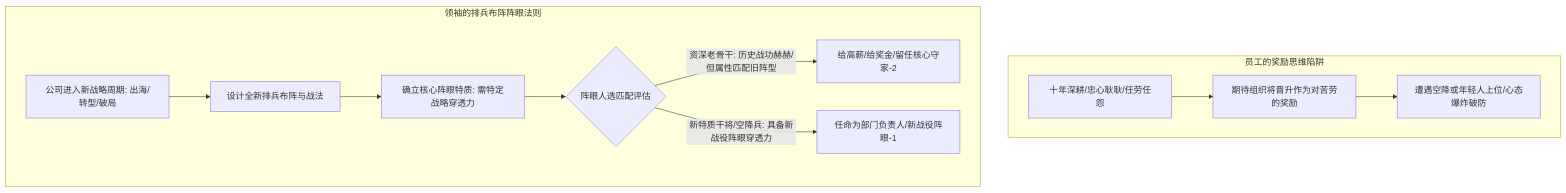
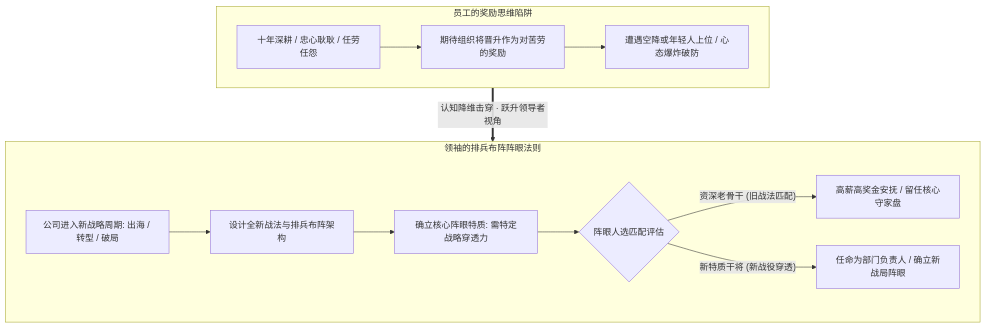
Before and after one commit to dollarser/knowledge: the second of 2 diagrams in content/live-20261012-laozeng-01.md, drawn with Mermaid. The commit also changed 10 other files, not shown here.

Commit message:
style: verticalize all mermaid diagrams and add mindmap architecture

````diff
--- a/content/live-20261012-laozeng-01.md
+++ b/content/live-20261012-laozeng-01.md
@@ -73,15 +73,17 @@
 ```mermaid
 flowchart TD
-    subgraph 员工的奖励思维陷阱
-        Work[十年深耕/忠心耿耿/任劳任怨] --> Expect[期待组织将晋升作为对苦劳的奖励]
-        Expect --> Disappoint[遭遇空降或年轻人上位/心态爆炸破防]
+    subgraph Trap["员工的奖励思维陷阱"]
+        Work["十年深耕 / 忠心耿耿 / 任劳任怨"] --> Expect["期待组织将晋升作为对苦劳的奖励"]
+        Expect --> Disappoint["遭遇空降或年轻人上位 / 心态爆炸破防"]
     end
 
-    subgraph 领袖的排兵布阵阵眼法则
-        StrategicShift[公司进入新战略周期: 出海/转型/破局] --> BattlePlan[设计全新排兵布阵与战法]
-        BattlePlan --> HubDemand[确立核心阵眼特质: 需特定战略穿透力]
+    subgraph HubRule["领袖的排兵布阵阵眼法则"]
+        StrategicShift["公司进入新战略周期: 出海 / 转型 / 破局"] --> BattlePlan["设计全新战法与排兵布阵架构"]
+        BattlePlan --> HubDemand["确立核心阵眼特质: 需特定战略穿透力"]
         HubDemand --> Compare{阵眼人选匹配评估}
-        Compare -- 资深老骨干: 历史战功赫赫/但属性匹配旧阵型 --> Retain[给高薪/给奖金/留任核心守家-2]
-        Compare -- 新特质干将/空降兵: 具备新战役阵眼穿透力 --> Appoint[任命为部门负责人/新战役阵眼-1]
+        Compare -- 资深老骨干 (旧战法匹配) --> Retain["高薪高奖金安抚 / 留任核心守家盘"]
+        Compare -- 新特质干将 (新战役穿透) --> Appoint["任命为部门负责人 / 确立新战局阵眼"]
     end
+
+    Trap ==>|认知降维击穿 · 跃升领导者视角| HubRule
 ```
````
